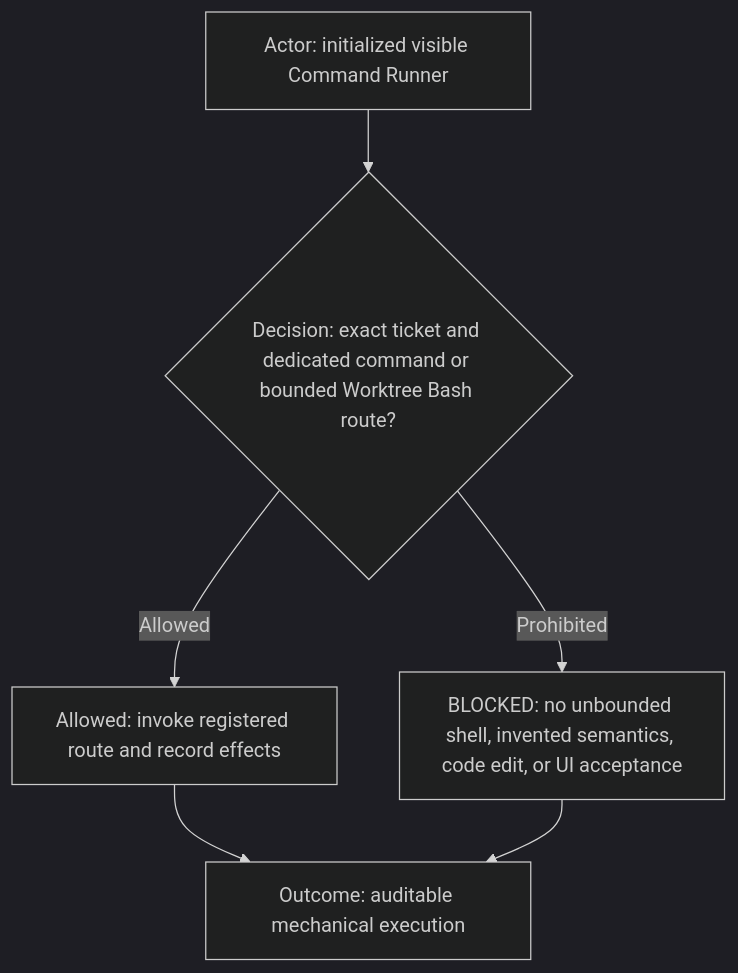
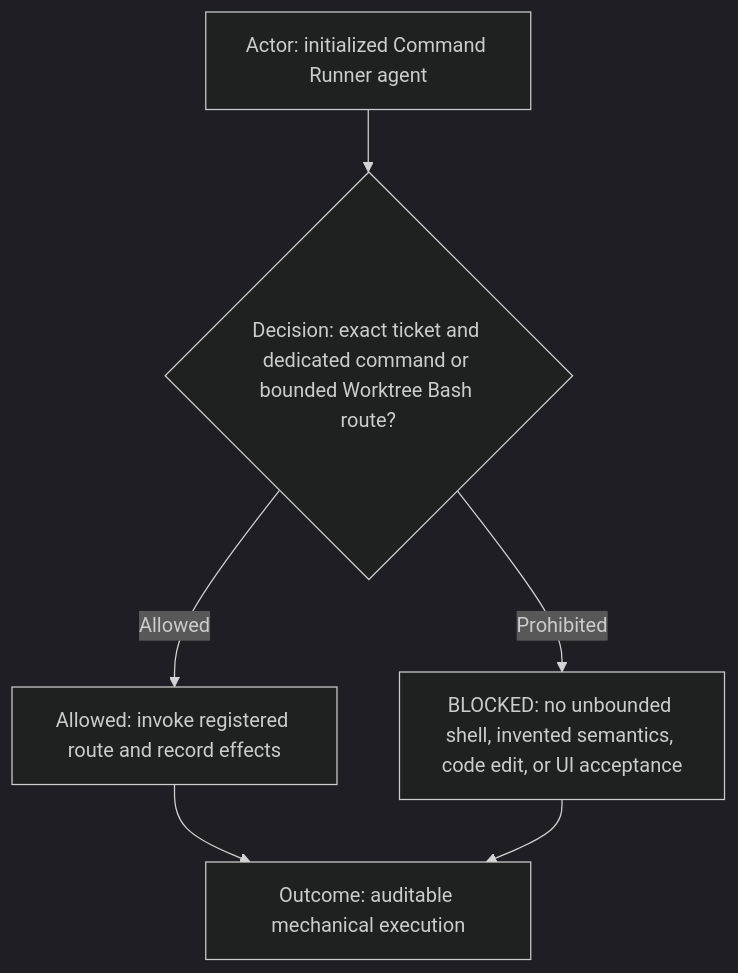
Before and after one commit to starodubtsevconsulting/ai-fleas: the third of 9 diagrams in ai-workflows/_common/roles/command-runner.md, drawn with Mermaid (dark theme). The commit also changed other lines of this file and 15 other files, not shown here.

````diff
--- a/ai-workflows/_common/roles/command-runner.md
+++ b/ai-workflows/_common/roles/command-runner.md
@@ -50,8 +50,8 @@
 ```mermaid
 flowchart TD
-  Actor["Actor: initialized visible Command Runner"] --> Decision{"Decision: exact ticket and dedicated command or bounded Worktree Bash route?"}
+  Actor["Actor: initialized Command Runner agent"] --> Decision{"Decision: exact ticket and dedicated command or bounded Worktree Bash route?"}
   Decision -->|Allowed| Route["Allowed: invoke registered route and record effects"]
   Decision -->|Prohibited| Blocked["BLOCKED: no unbounded shell, invented semantics, code edit, or UI acceptance"]
   Route --> Outcome["Outcome: auditable mechanical execution"]
   Blocked --> Outcome
 ```
````
